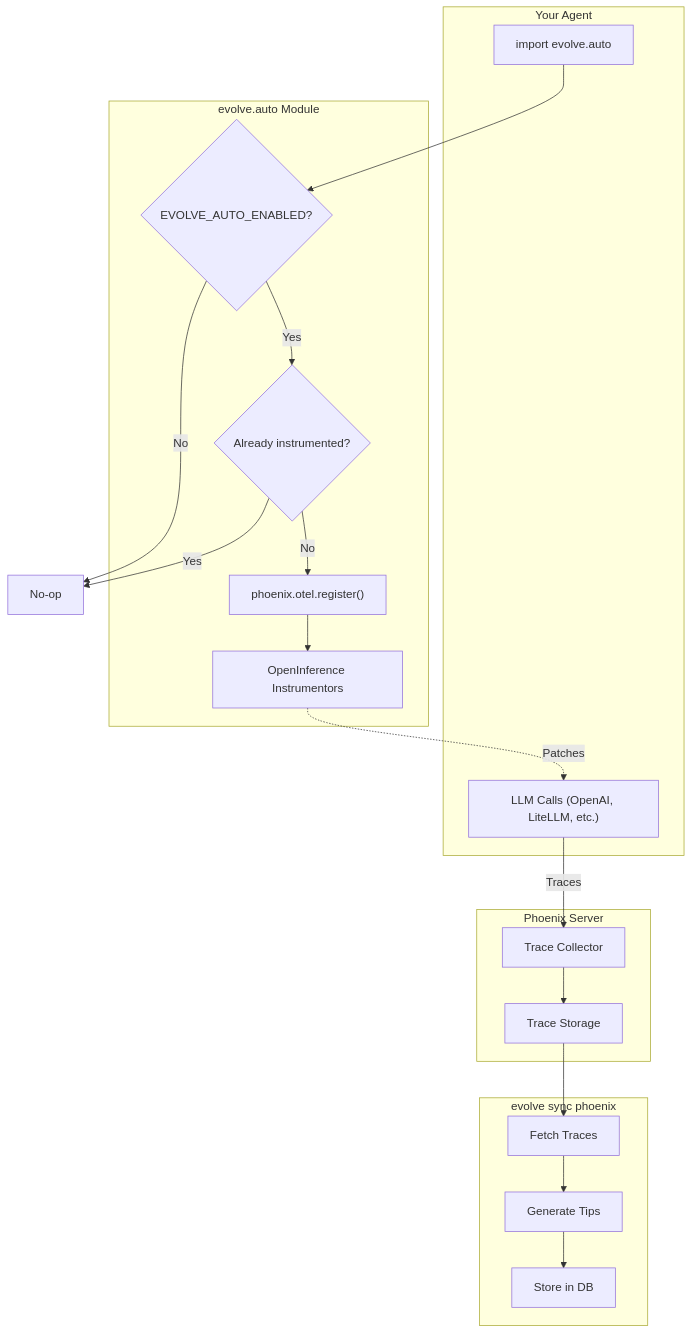
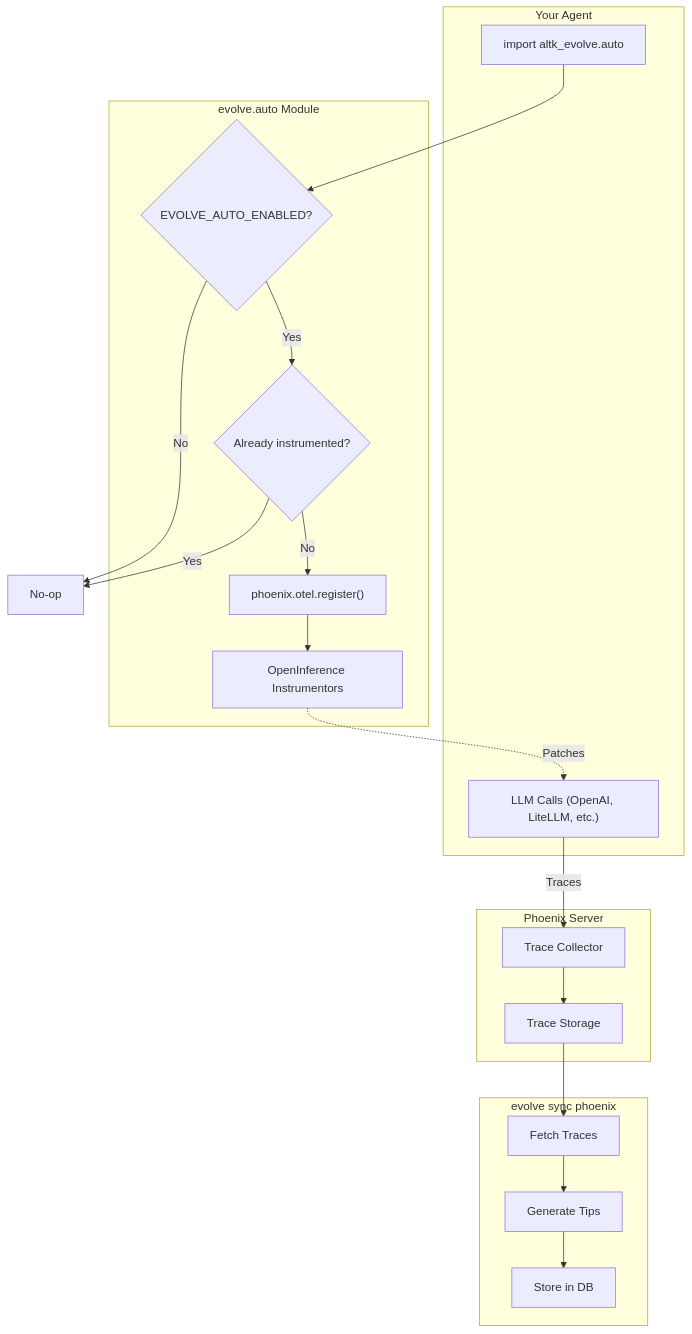
Before and after one commit to AgentToolkit/altk-evolve: the diagram in docs/guides/low-code-tracing.md, drawn with Mermaid. The commit also changed other lines of this file and 134 other files, not shown here.

````diff
--- a/docs/guides/low-code-tracing.md
+++ b/docs/guides/low-code-tracing.md
@@ -7,38 +7,38 @@
 ```mermaid
 flowchart TB
     subgraph Agent["Your Agent"]
-        A1["import evolve.auto"]
+        A1["import altk_evolve.auto"]
         A2["LLM Calls (OpenAI, LiteLLM, etc.)"]
     end
     
     subgraph Evolve["evolve.auto Module"]
         K1{"EVOLVE_AUTO_ENABLED?"}
         K2{"Already instrumented?"}
         K3["phoenix.otel.register()"]
         K4["OpenInference Instrumentors"]
     end
     
     subgraph Phoenix["Phoenix Server"]
         P1["Trace Collector"]
         P2["Trace Storage"]
     end
     
     subgraph Sync["evolve sync phoenix"]
         S1["Fetch Traces"]
         S2["Generate Tips"]
         S3["Store in DB"]
     end
     
     A1 --> K1
     K1 -->|No| SKIP["No-op"]
     K1 -->|Yes| K2
     K2 -->|Yes| SKIP
     K2 -->|No| K3
     K3 --> K4
     K4 -.->|"Patches"| A2
     A2 -->|"Traces"| P1
     P1 --> P2
     P2 --> S1
     S1 --> S2
     S2 --> S3
 ```
````
